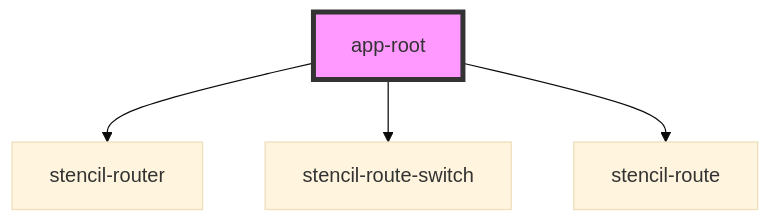
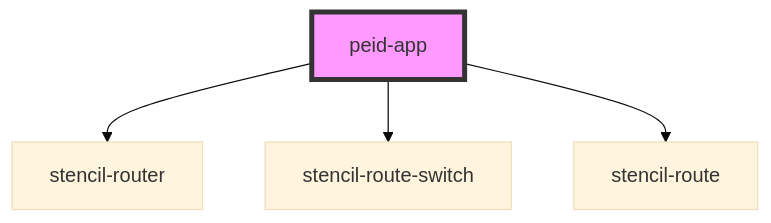
Before and after one commit to peidesign/princeedwardisland.design: the diagram in packages/website/src/components/app/readme.md, drawn with Mermaid (base theme). The commit also changed 5 other files, not shown here.

````diff
--- a/packages/website/src/components/app/readme.md
+++ b/packages/website/src/components/app/readme.md
@@ -17,7 +17,7 @@
 ```mermaid
 graph TD;
-  app-root --> stencil-router
-  app-root --> stencil-route-switch
-  app-root --> stencil-route
-  style app-root fill:#f9f,stroke:#333,stroke-width:4px
+  peid-app --> stencil-router
+  peid-app --> stencil-route-switch
+  peid-app --> stencil-route
+  style peid-app fill:#f9f,stroke:#333,stroke-width:4px
 ```
````
